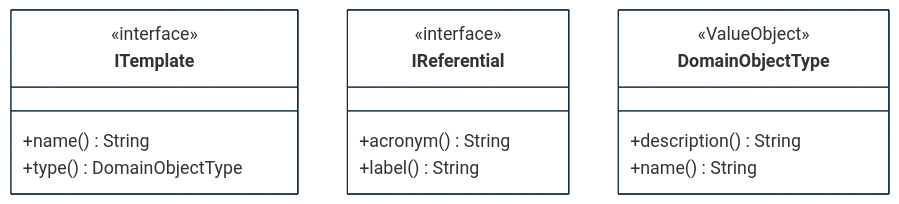
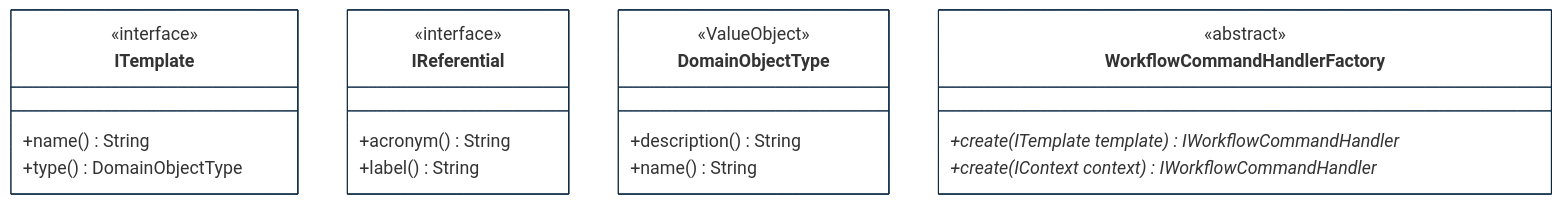
The diagram in implementations-line/features/workflow-process/defense-template/designview-structure-models.md (cybnity/foundation), drawn with Mermaid before and after one commit. The commit also changed other lines of this file and 31 other files, not shown here.

````diff
--- a/implementations-line/features/workflow-process/defense-template/designview-structure-models.md
+++ b/implementations-line/features/workflow-process/defense-template/designview-structure-models.md
@@ -19,37 +20,44 @@
 ```mermaid
 %%{
   init: {
     'theme': 'base',
     'themeVariables': {
         'background': '#ffffff',
         'fontFamily': 'arial',
         'fontSize': '18px',
         'primaryColor': '#fff',
         'primaryBorderColor': '#0e2a43',
         'secondaryBorderColor': '#0e2a43',
         'tertiaryBorderColor': '#0e2a43',
         'edgeLabelBackground':'#0e2a43',
         'lineColor': '#0e2a43',
         'tertiaryColor': '#fff'
     }
   }
 }%%
 classDiagram
   class ITemplate {
     <<interface>>
     +name() String
     +type() DomainObjectType
   }
 
   class IReferential {
     <<interface>>
     +acronym() String
     +label() String
   }
 
   class DomainObjectType {
       <<ValueObject>>
       +description() String
       +name() String
   }
+
+  class WorkflowCommandHandlerFactory {
+      <<abstract>>
+      +create(ITemplate template)* IWorkflowCommandHandler
+      +create(IContext context)* IWorkflowCommandHandler
+  }
+
 ```
````
